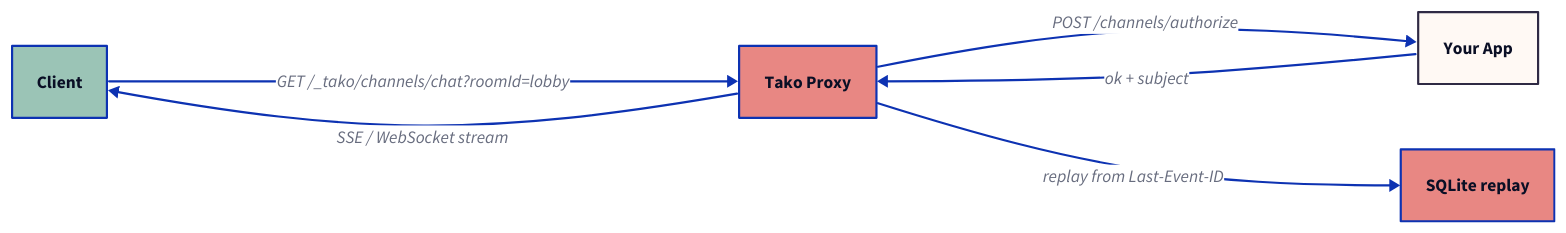
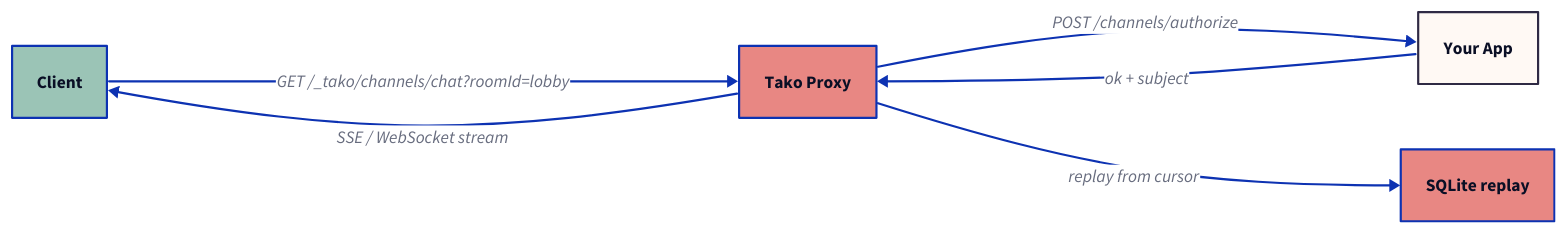
Before and after one commit to tako-sh/tako: the diagram in website/src/content/blog/durable-channels-built-in.md, drawn with D2. The commit also changed other lines of this file and 65 other files, not shown here.

````diff
--- a/website/src/content/blog/durable-channels-built-in.md
+++ b/website/src/content/blog/durable-channels-built-in.md
@@ -37,14 +44,14 @@
 ```d2
 direction: right
 
 client: Client {style.fill: "#9BC4B6"; style.font-size: 16}
 proxy: Tako Proxy {style.fill: "#E88783"; style.font-size: 16}
 app: Your App {style.fill: "#FFF9F4"; style.stroke: "#2F2A44"; style.font-size: 16}
 store: SQLite replay {style.fill: "#E88783"; style.font-size: 16}
 
 client -> proxy: "GET /_tako/channels/chat?roomId=lobby"
 proxy -> app: "POST /channels/authorize"
 app -> proxy: "ok + subject"
-proxy -> store: "replay from Last-Event-ID"
+proxy -> store: "replay from cursor"
 proxy -> client: "SSE / WebSocket stream"
 ```
````
